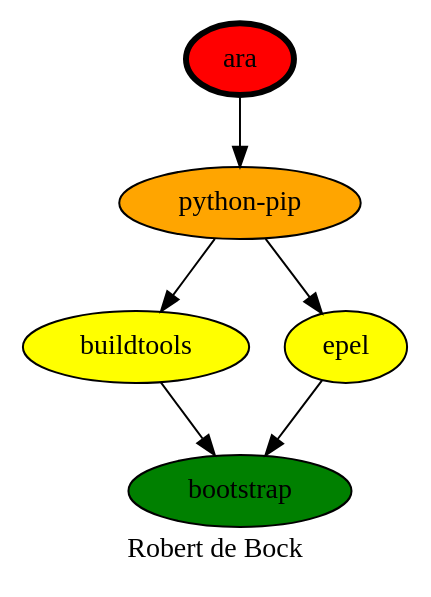
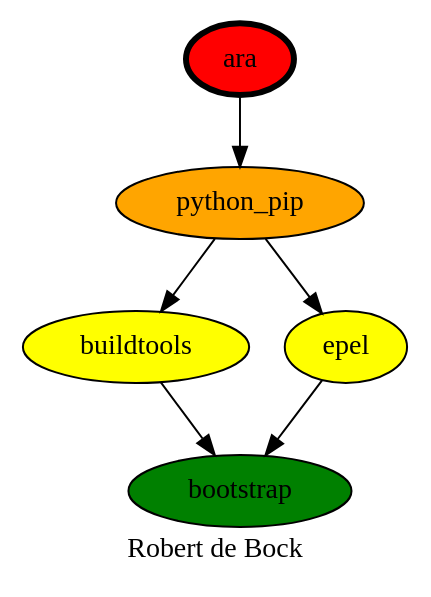
One commit to robertdebock/drawings changed the diagram in ara.dot. Above: the diagram before and after it, drawn with Graphviz. The commit also changed 14 other files, not shown here.

```diff
--- a/ara.dot
+++ b/ara.dot
@@ -1,14 +1,14 @@
 digraph PhiloDilemma {
   label = "Robert de Bock" ;
   overlap=false
   {
     bootstrap [fillcolor=green style=filled]
     buildtools [fillcolor=yellow style=filled]
     epel [fillcolor=yellow style=filled]
-    "python-pip" [fillcolor=orange style=filled]
+    "python_pip" [fillcolor=orange style=filled]
     ara [fillcolor=red style=filled penwidth=3]
   }
-  ara -> "python-pip"
-  "python-pip" -> {buildtools epel}
+  ara -> "python_pip"
+  "python_pip" -> {buildtools epel}
   {buildtools epel} -> bootstrap
 }
```
